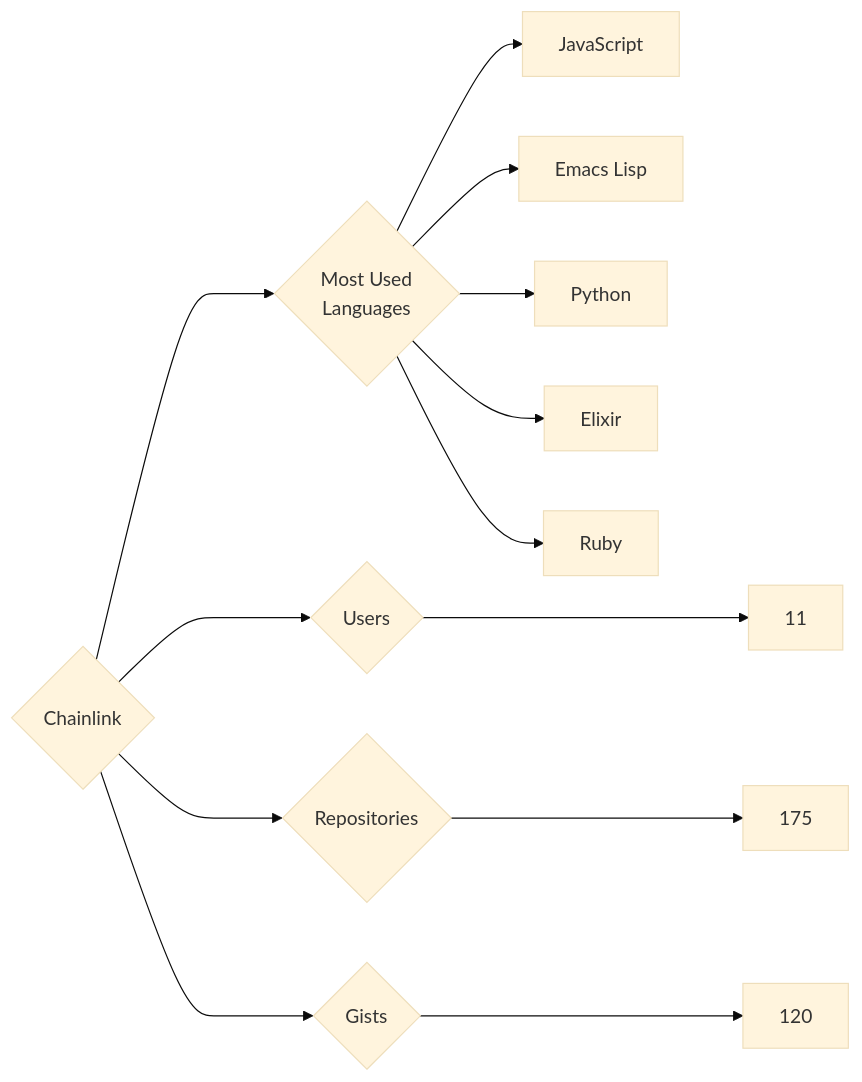
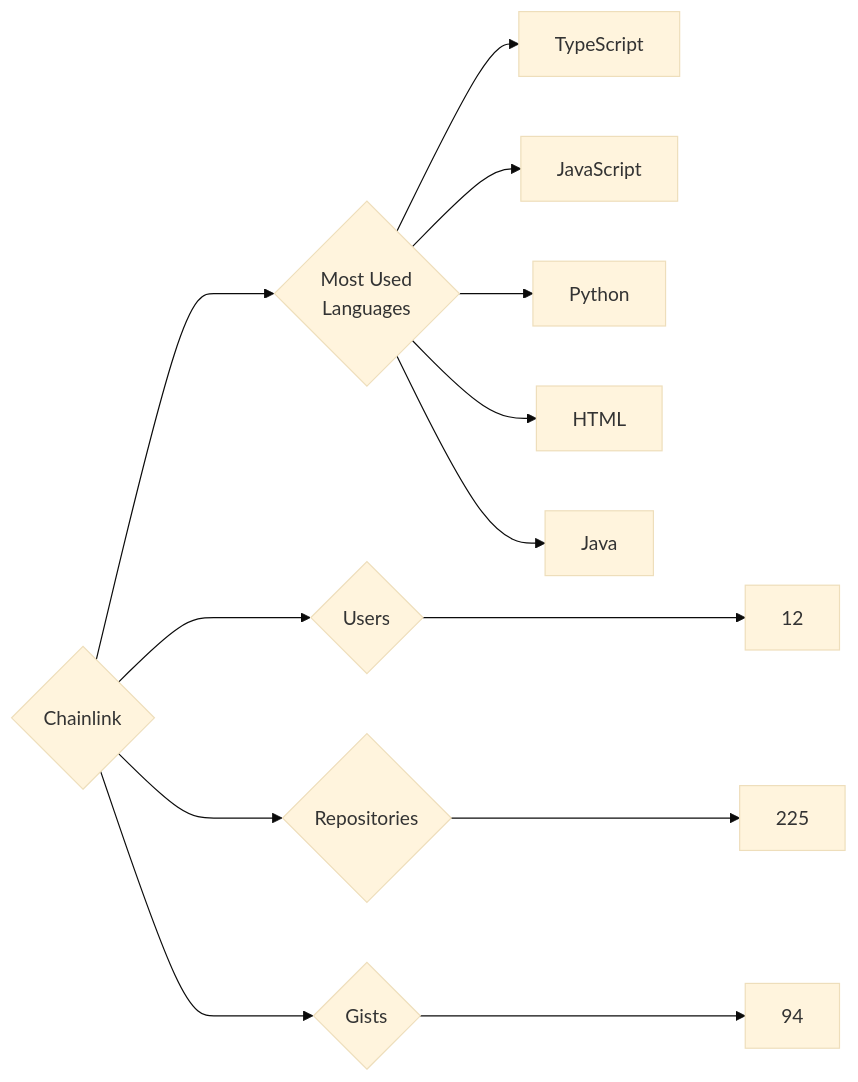
Before and after one commit to trickest/insiders: the diagram in targets/Chainlink/README.md, drawn with Mermaid (base theme). The commit also changed 1195 other files, not shown here.

````diff
--- a/targets/Chainlink/README.md
+++ b/targets/Chainlink/README.md
@@ -3,13 +3,13 @@
 ```mermaid
 graph LR
 COMPANY_NAME{Chainlink}
-COMPANY_NAME ---> U{Users} ---> UN[11]
-COMPANY_NAME ---> R{Repositories} ---> RN[175]
-COMPANY_NAME ---> G{Gists} ---> GN[120]
+COMPANY_NAME ---> U{Users} ---> UN[12]
+COMPANY_NAME ---> R{Repositories} ---> RN[225]
+COMPANY_NAME ---> G{Gists} ---> GN[94]
 COMPANY_NAME ---> ML{Most Used<br>Languages}
+ML --> TypeScript[TypeScript]
 ML --> JavaScript[JavaScript]
-ML --> Emacs_Lisp[Emacs Lisp]
 ML --> Python[Python]
-ML --> Elixir[Elixir]
-ML --> Ruby[Ruby]
+ML --> HTML[HTML]
+ML --> Java[Java]
 ```
````
